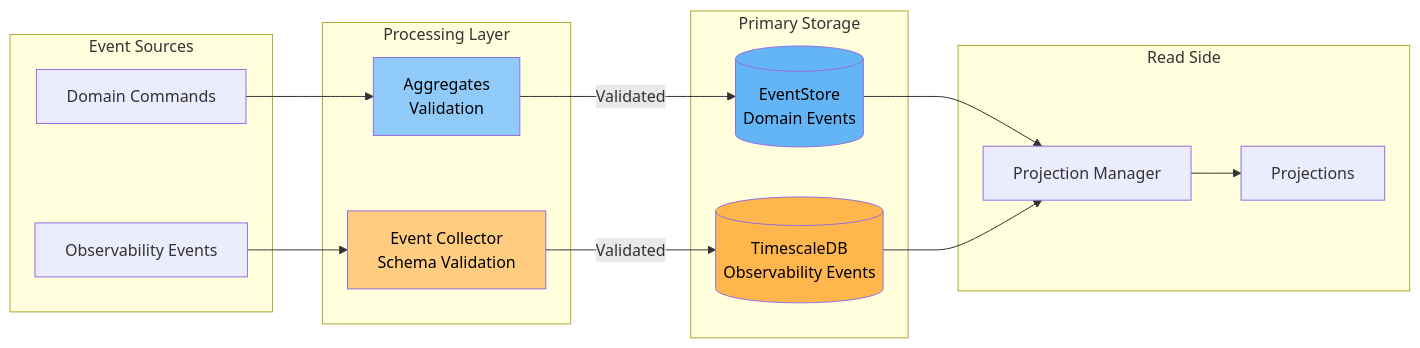
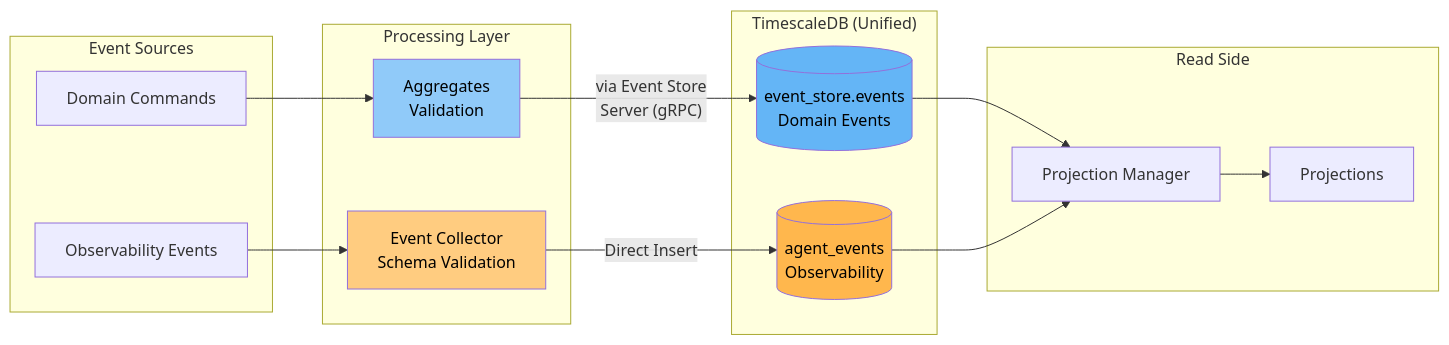
The fourth of 5 diagrams in docs/architecture/event-architecture.md (syntropic137/syntropic137), drawn with Mermaid before and after one commit. The commit also changed other lines of this file, not shown here.

First line of the commit message:
docs(architecture): clarify unified TimescaleDB storage

````diff
--- a/docs/architecture/event-architecture.md
+++ b/docs/architecture/event-architecture.md
@@ -206,37 +216,37 @@
 ```mermaid
 flowchart LR
     subgraph sources["Event Sources"]
         cmd[Domain Commands]
         obs[Observability Events]
     end
     
     subgraph processing["Processing Layer"]
         agg[Aggregates<br/>Validation]
         collector[Event Collector<br/>Schema Validation]
     end
     
-    subgraph storage["Primary Storage"]
-        es[(EventStore<br/>Domain Events)]
-        ts[(TimescaleDB<br/>Observability Events)]
+    subgraph storage["TimescaleDB (Unified)"]
+        es[(event_store.events<br/>Domain Events)]
+        ts[(agent_events<br/>Observability)]
     end
     
     subgraph projections["Read Side"]
         pm[Projection Manager]
         p1[Projections]
     end
     
     cmd --> agg
-    agg -->|Validated| es
+    agg -->|"via Event Store<br/>Server (gRPC)"| es
     
     obs --> collector
-    collector -->|Validated| ts
+    collector -->|Direct Insert| ts
     
     es --> pm
     ts --> pm
     pm --> p1
     
     style es fill:#64b5f6,color:#000
     style ts fill:#ffb74d,color:#000
     style agg fill:#90caf9,color:#000
     style collector fill:#ffcc80,color:#000
 ```
````
